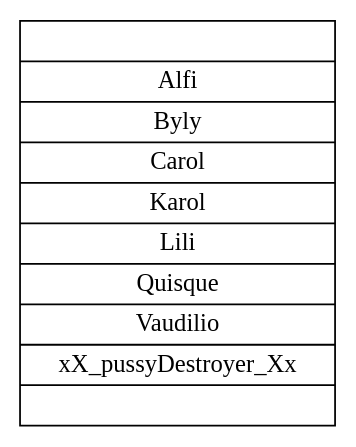
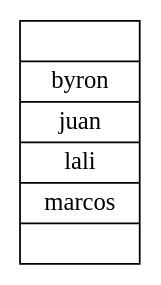
One commit to ByLy23/Scrabble_CPP changed the diagram in Inorden.dot. Above: the diagram before and after it, drawn with Graphviz. The commit also changed 22 other files, not shown here.

```diff
--- a/Inorden.dot
+++ b/Inorden.dot
@@ -1,4 +1,4 @@
 digraph graficaInorden{ 
  linkdir=LR 
- arreglo[shape= record label= "{|Alfi|Byly|Carol|Karol|Lili|Quisque|Vaudilio|xX_pussyDestroyer_Xx|}"];
+ arreglo[shape= record label= "{|byron|juan|lali|marcos|}"];
 }
```
